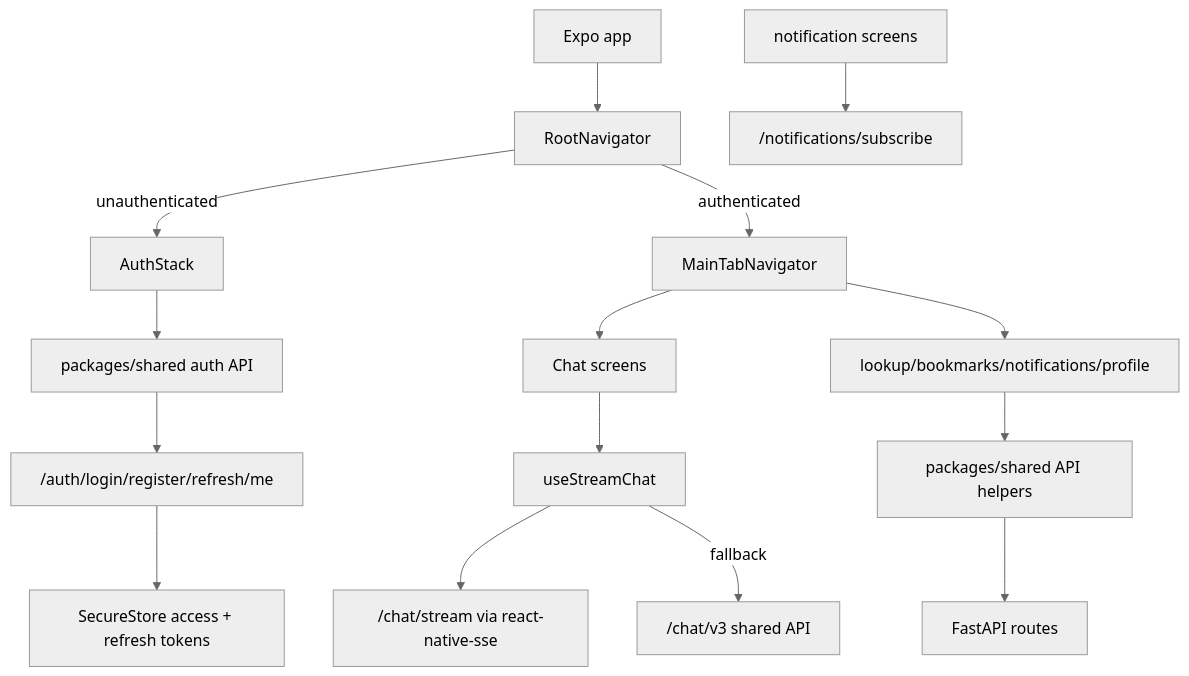
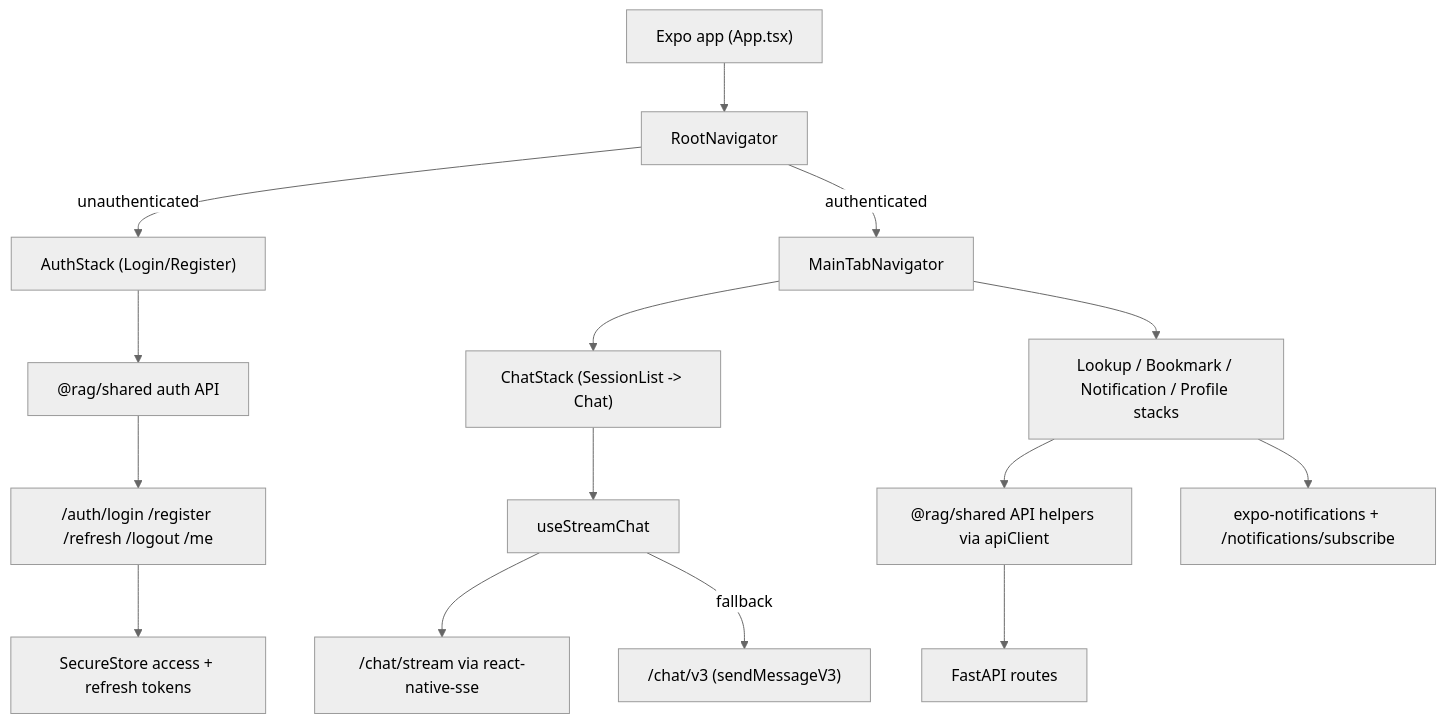
Before and after one commit to hoainam183/GR: the diagram in src/RAG_v2/mobile/MODULE.md, drawn with Mermaid (neutral theme). The commit also changed other lines of this file and 50 other files, not shown here.

````diff
--- a/src/RAG_v2/mobile/MODULE.md
+++ b/src/RAG_v2/mobile/MODULE.md
@@ -81,17 +97,17 @@
 ```mermaid
 flowchart TD
-  App["Expo app"] --> Root["RootNavigator"]
-  Root -->|unauthenticated| AuthStack["AuthStack"]
+  App["Expo app (App.tsx)"] --> Root["RootNavigator"]
+  Root -->|unauthenticated| AuthStack["AuthStack (Login/Register)"]
   Root -->|authenticated| Tabs["MainTabNavigator"]
-  AuthStack --> SharedAuth["packages/shared auth API"]
-  SharedAuth --> AuthRoutes["/auth/login/register/refresh/me"]
+  AuthStack --> SharedAuth["@rag/shared auth API"]
+  SharedAuth --> AuthRoutes["/auth/login /register /refresh /logout /me"]
   AuthRoutes --> SecureStore["SecureStore access + refresh tokens"]
-  Tabs --> Chat["Chat screens"]
+  Tabs --> Chat["ChatStack (SessionList -> Chat)"]
   Chat --> StreamHook["useStreamChat"]
   StreamHook --> Stream["/chat/stream via react-native-sse"]
-  StreamHook -->|fallback| ChatV3["/chat/v3 shared API"]
-  Tabs --> Lookup["lookup/bookmarks/notifications/profile"]
-  Lookup --> SharedAPIs["packages/shared API helpers"]
+  StreamHook -->|fallback| ChatV3["/chat/v3 (sendMessageV3)"]
+  Tabs --> Other["Lookup / Bookmark / Notification / Profile stacks"]
+  Other --> SharedAPIs["@rag/shared API helpers via apiClient"]
   SharedAPIs --> Backend["FastAPI routes"]
-  Notifications["notification screens"] --> ExpoPush["/notifications/subscribe"]
+  Other --> ExpoPush["expo-notifications + /notifications/subscribe"]
 ```
````
